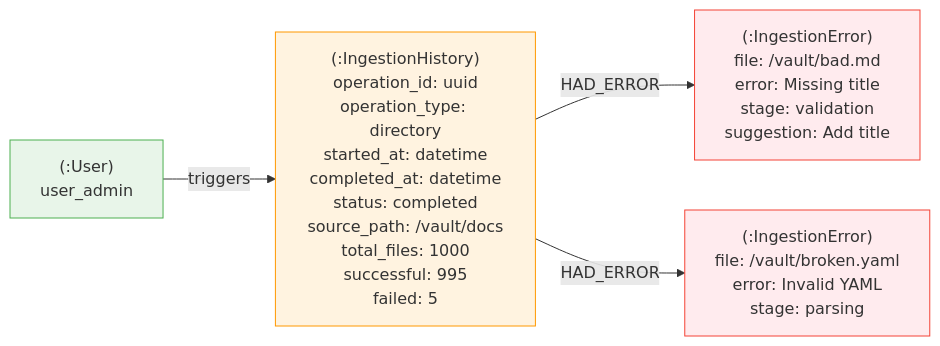
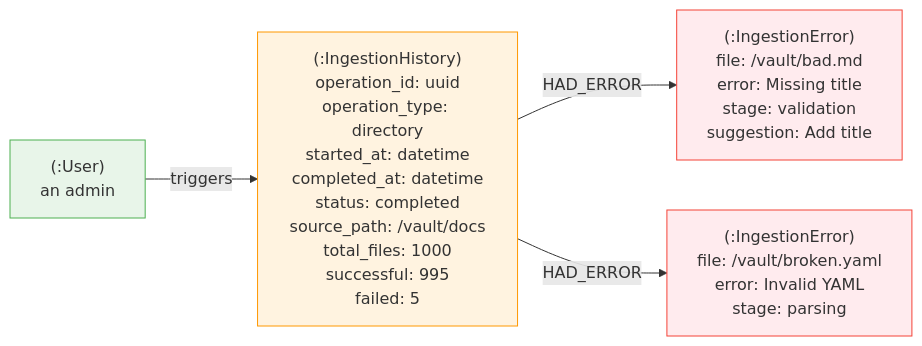
The third of 3 diagrams in app/docs/diagrams/ingestion_architecture.md (linguistic76/skuel), drawn with Mermaid before and after one commit. The commit also changed other lines of this file and 127 other files, not shown here.

````diff
--- a/app/docs/diagrams/ingestion_architecture.md
+++ b/app/docs/diagrams/ingestion_architecture.md
@@ -111,15 +111,15 @@
 ```mermaid
 graph LR
-    Admin["(:User)<br/>user_admin"] -->|"triggers"| SH
+    Admin["(:User)<br/>an admin"] -->|"triggers"| SH
 
     SH["(:IngestionHistory)<br/>operation_id: uuid<br/>operation_type: directory<br/>started_at: datetime<br/>completed_at: datetime<br/>status: completed<br/>source_path: /vault/docs<br/>total_files: 1000<br/>successful: 995<br/>failed: 5"]
 
     SH -->|"HAD_ERROR"| E1["(:IngestionError)<br/>file: /vault/bad.md<br/>error: Missing title<br/>stage: validation<br/>suggestion: Add title"]
 
     SH -->|"HAD_ERROR"| E2["(:IngestionError)<br/>file: /vault/broken.yaml<br/>error: Invalid YAML<br/>stage: parsing"]
 
     style SH fill:#fff3e0,stroke:#ff9800
     style E1 fill:#ffebee,stroke:#f44336
     style E2 fill:#ffebee,stroke:#f44336
     style Admin fill:#e8f5e9,stroke:#4caf50
 ```
````
